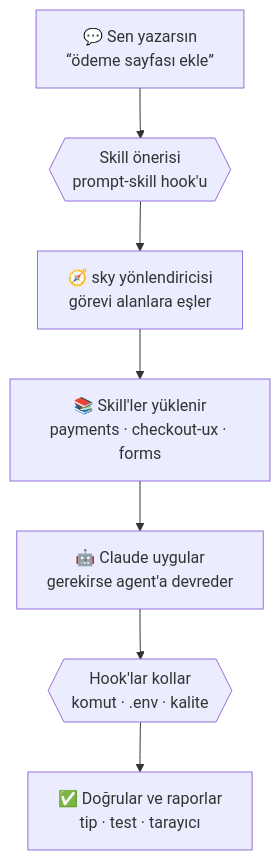
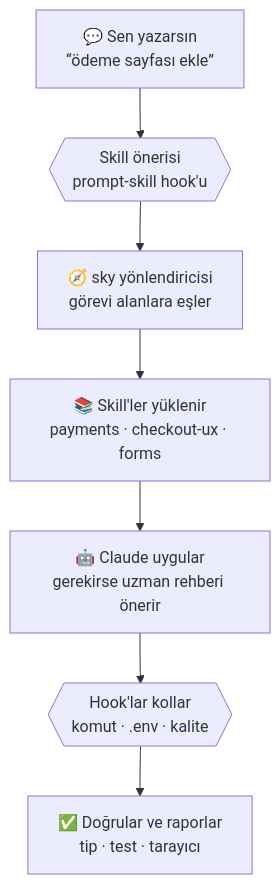
The diagram in README.md (Dikistutmaz-Sabri/sky), drawn with Mermaid before and after one commit. The commit also changed other lines of this file and 277 other files, not shown here.

````diff
--- a/README.md
+++ b/README.md
@@ -220,9 +220,9 @@
 ```mermaid
 flowchart TB
     A["💬 Sen yazarsın<br/>“ödeme sayfası ekle”"] --> B{{"Skill önerisi<br/>prompt-skill hook'u"}}
     B --> C["🧭 sky yönlendiricisi<br/>görevi alanlara eşler"]
     C --> D["📚 Skill'ler yüklenir<br/>payments · checkout-ux · forms"]
-    D --> E["🤖 Claude uygular<br/>gerekirse agent'a devreder"]
+    D --> E["🤖 Claude uygular<br/>gerekirse uzman rehberi önerir"]
     E --> F{{"Hook'lar kollar<br/>komut · .env · kalite"}}
     F --> G["✅ Doğrular ve raporlar<br/>tip · test · tarayıcı"]
 ```
````
